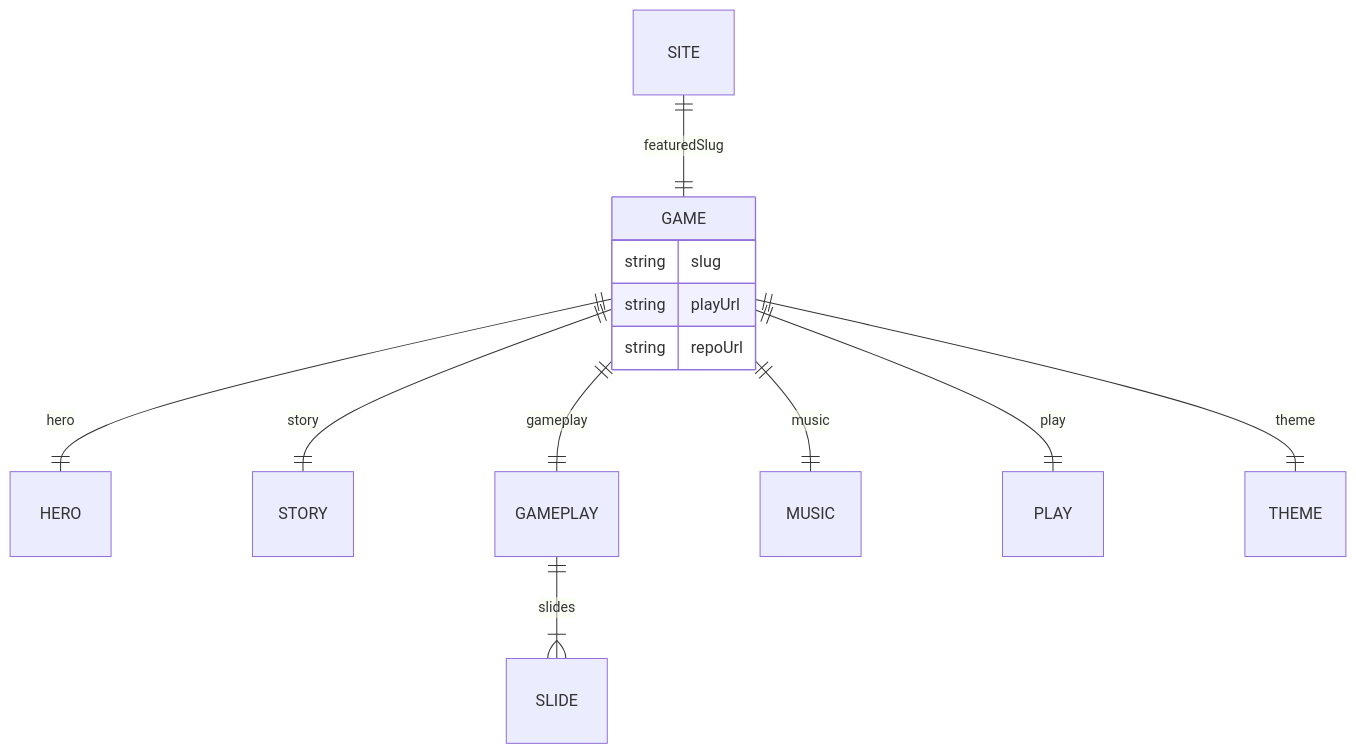
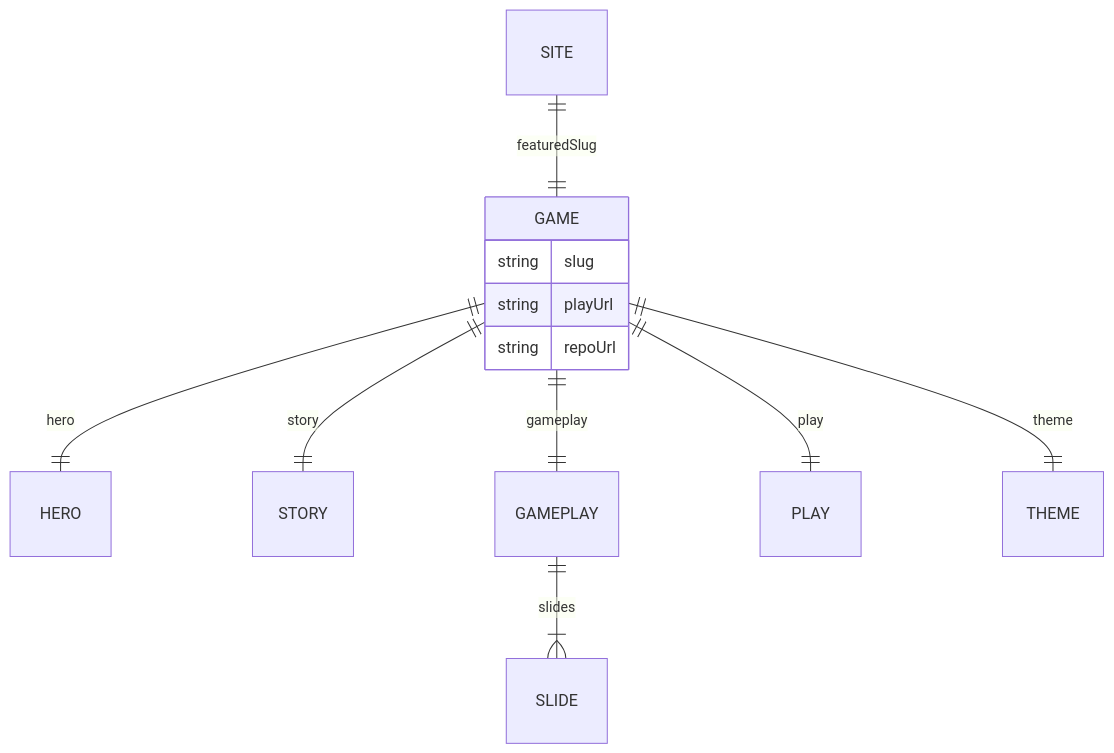
One commit to kevinlogan94/games changed the fourth of 4 diagrams in _bmad-output/planning-artifacts/architecture/architecture-games-2026-09-07/ARCHITECTURE-SPINE.md. Above: the diagram before and after it, drawn with Mermaid. The commit also changed other lines of this file, not shown here.

Commit message:
Refine architecture rules for featured-game landing and YAML structure

````diff
--- a/_bmad-output/planning-artifacts/architecture/architecture-games-2026-09-07/ARCHITECTURE-SPINE.md
+++ b/_bmad-output/planning-artifacts/architecture/architecture-games-2026-09-07/ARCHITECTURE-SPINE.md
@@ -196,16 +196,15 @@
 ```mermaid
 erDiagram
   SITE ||--|| GAME : featuredSlug
   GAME ||--|| HERO : hero
   GAME ||--|| STORY : story
   GAME ||--|| GAMEPLAY : gameplay
-  GAME ||--|| MUSIC : music
   GAME ||--|| PLAY : play
   GAME ||--|| THEME : theme
   GAMEPLAY ||--|{ SLIDE : slides
   GAME {
     string slug
     string playUrl
     string repoUrl
   }
 ```
````
